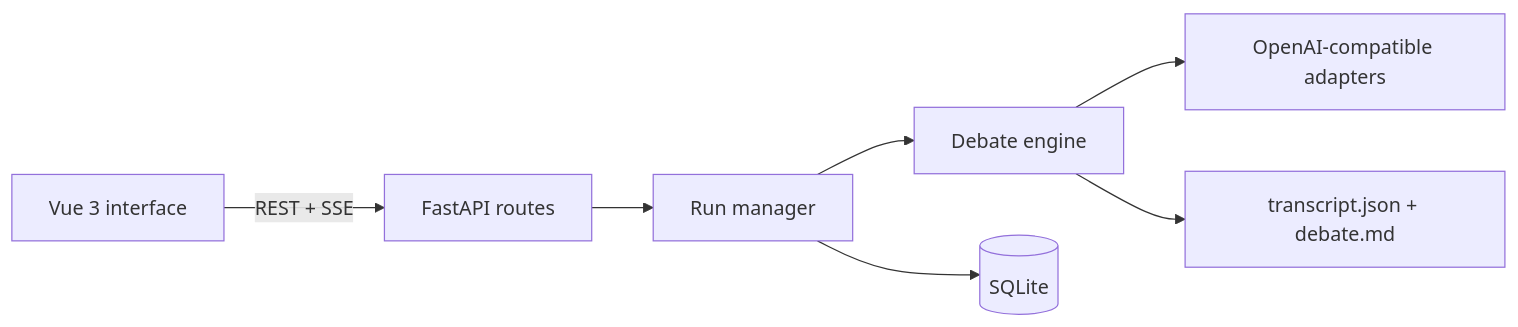
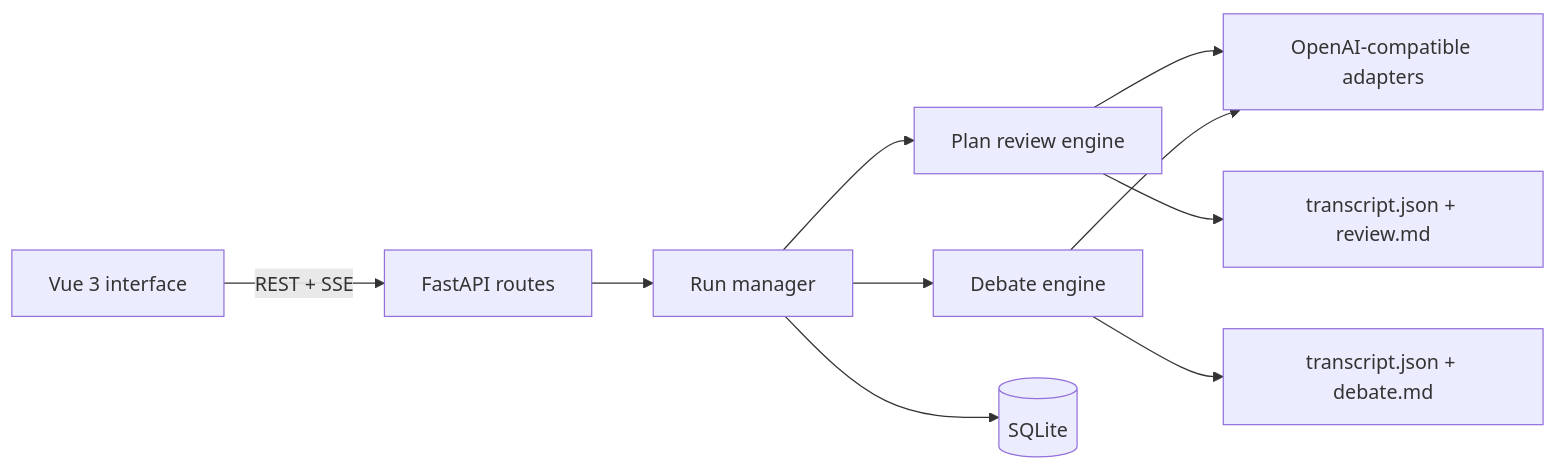
The diagram in README.md (chenxy1021/agent-arena), drawn with Mermaid before and after one commit. The commit also changed other lines of this file and 21 other files, not shown here.

Commit message:
Add dual-mode review arena and refresh UI

````diff
--- a/README.md
+++ b/README.md
@@ -111,9 +136,12 @@
 ```mermaid
 flowchart LR
     UI[Vue 3 interface] -->|REST + SSE| API[FastAPI routes]
     API --> MANAGER[Run manager]
-    MANAGER --> ARENA[Debate engine]
-    ARENA --> PROVIDERS[OpenAI-compatible adapters]
+    MANAGER --> REVIEW[Plan review engine]
+    MANAGER --> DEBATE[Debate engine]
+    REVIEW --> PROVIDERS[OpenAI-compatible adapters]
+    DEBATE --> PROVIDERS
     MANAGER --> DB[(SQLite)]
-    ARENA --> RUNS[transcript.json + debate.md]
+    REVIEW --> REVIEWRUNS[transcript.json + review.md]
+    DEBATE --> DEBATERUNS[transcript.json + debate.md]
 ```
````
